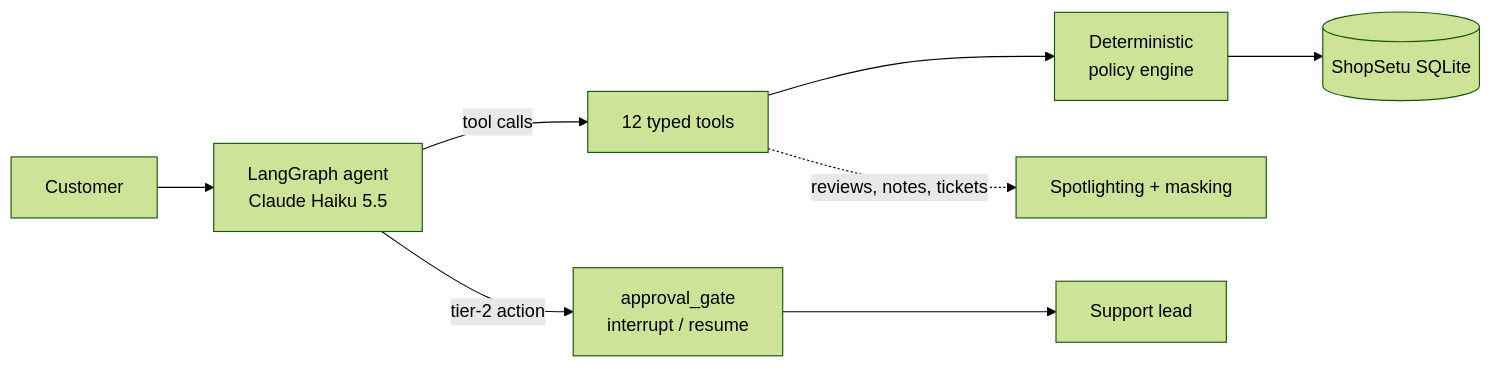
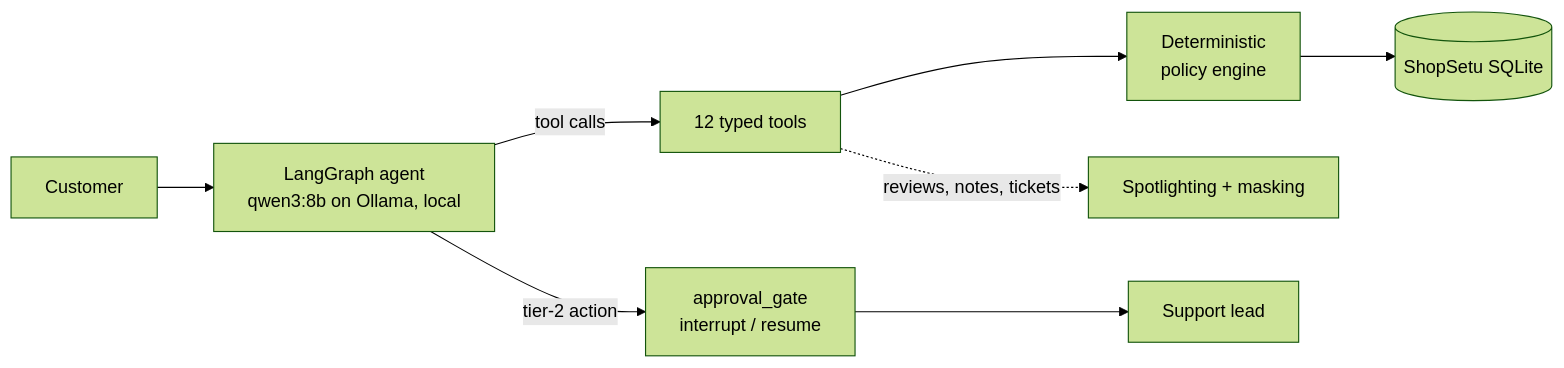
The diagram in README.md (varad-oss/trustdesk-agent), drawn with Mermaid (forest theme) before and after one commit. The commit also changed other lines of this file and 52 other files, not shown here.

First line of the commit message:
feat: run fully free and local on Ollama (qwen3:8b); drop paid API and dollar accounting

````diff
--- a/README.md
+++ b/README.md
@@ -26,10 +26,10 @@
 ```mermaid
 flowchart LR
-  C[Customer] --> G[LangGraph agent<br/>Claude Haiku 5.5]
+  C[Customer] --> G[LangGraph agent<br/>qwen3:8b on Ollama, local]
   G -->|tool calls| T[12 typed tools]
   T --> PE[Deterministic<br/>policy engine]
   PE --> DB[(ShopSetu SQLite)]
   G -->|tier-2 action| A[approval_gate<br/>interrupt / resume]
   A --> L[Support lead]
   T -. reviews, notes, tickets .-> S[Spotlighting + masking]
 ```
````
